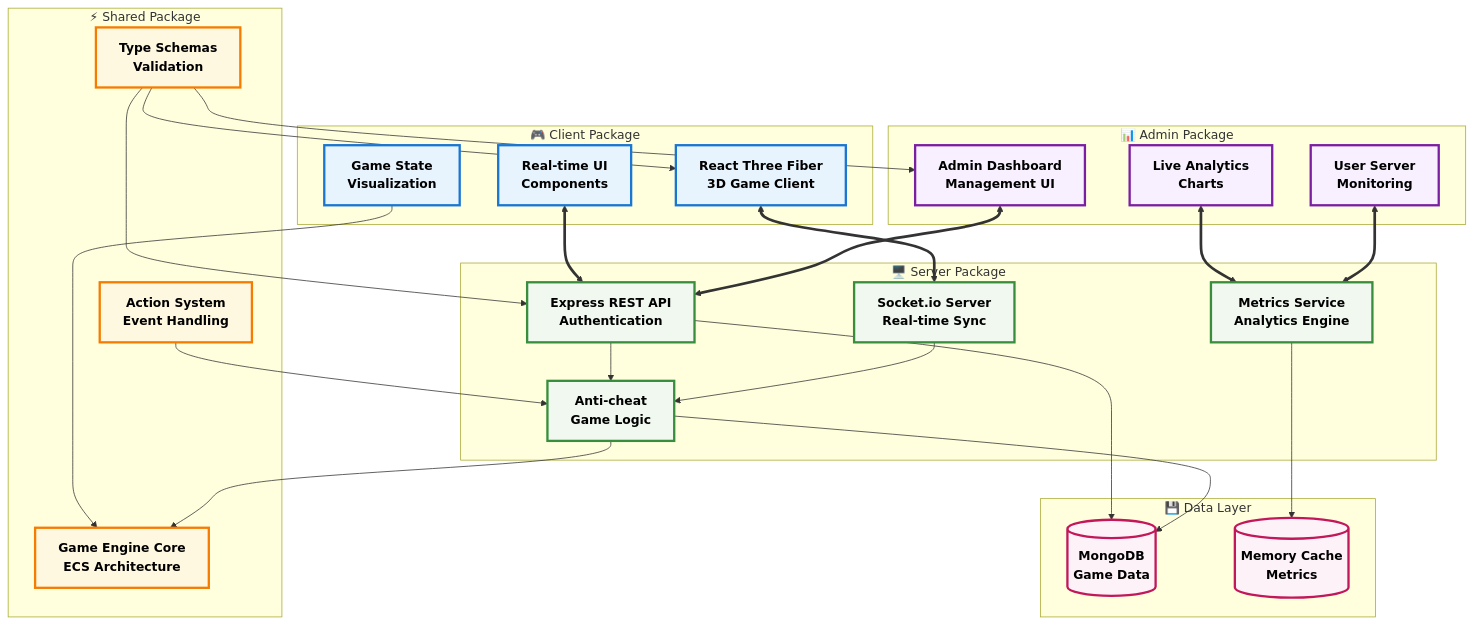
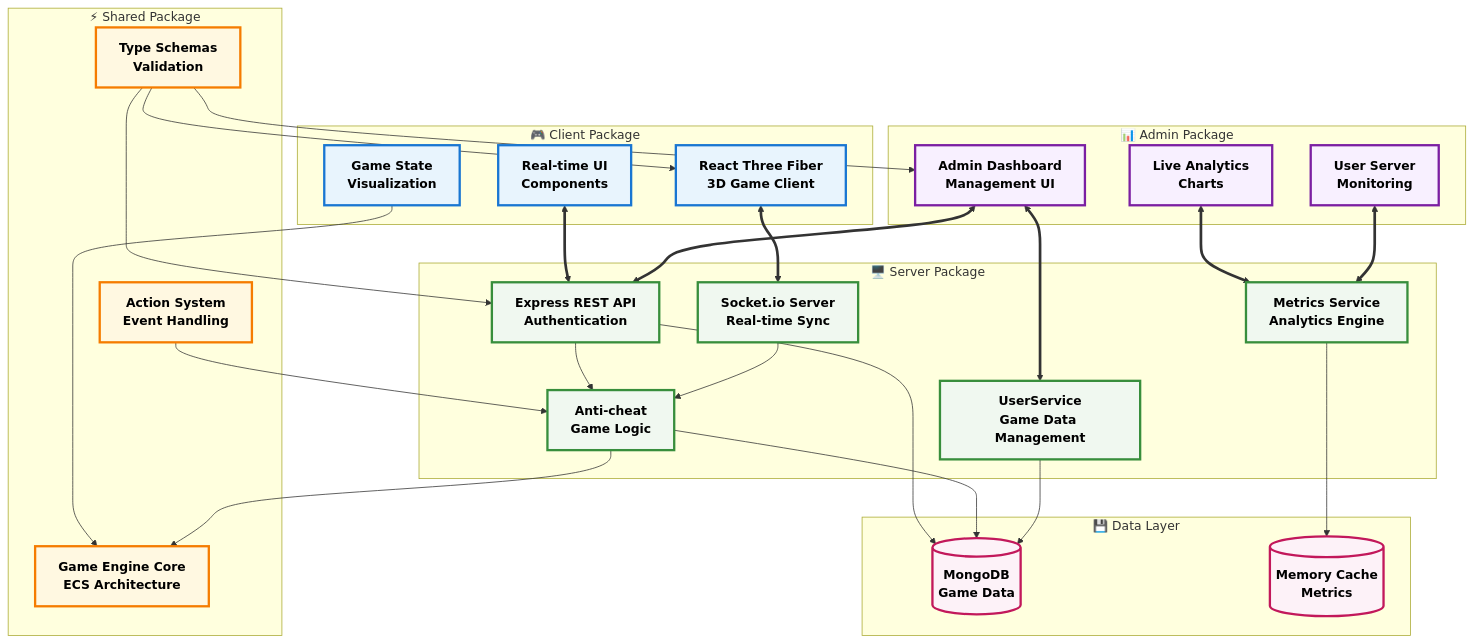
One commit to NowakAydm/GameBoilerplate changed the first of 4 diagrams in README.md. Above: the diagram before and after it, drawn with Mermaid. The commit also changed other lines of this file and 9 other files, not shown here.

Commit message:
Extract Game data management to dedicated UserService

````diff
--- a/README.md
+++ b/README.md
@@ -57,71 +60,74 @@
 ```mermaid
 flowchart TD
     subgraph "🎮 Client Package"
         C1["React Three Fiber<br/>3D Game Client"]
         C2["Real-time UI<br/>Components"]
         C3["Game State<br/>Visualization"]
     end
     
     subgraph "📊 Admin Package"  
         A1["Admin Dashboard<br/>Management UI"]
         A2["Live Analytics<br/>Charts"]
         A3["User Server<br/>Monitoring"]
     end
     
     subgraph "🖥️ Server Package"
         S1["Express REST API<br/>Authentication"]
         S2["Socket.io Server<br/>Real-time Sync"]
         S3["Metrics Service<br/>Analytics Engine"]
         S4["Anti-cheat<br/>Game Logic"]
+        S5["UserService<br/>Game Data Management"]
     end
     
     subgraph "⚡ Shared Package"
         SH1["Game Engine Core<br/>ECS Architecture"]
         SH2["Action System<br/>Event Handling"]
         SH3["Type Schemas<br/>Validation"]
     end
     
     subgraph "💾 Data Layer"
         DB[(MongoDB<br/>Game Data)]
         CACHE[(Memory Cache<br/>Metrics)]
     end
 
     %% Client connections
     C1 <==> S2
     C2 <==> S1
     C3 --> SH1
     
     %% Admin connections  
     A1 <==> S1
+    A1 <==> S5
     A2 <==> S3
     A3 <==> S3
     
     %% Server internal
     S1 --> S4
     S2 --> S4
     S3 --> CACHE
     S4 --> SH1
     
     %% Data persistence
     S1 --> DB
     S4 --> DB
+    S5 --> DB
     
     %% Shared dependencies
     SH3 --> C1
     SH3 --> S1  
     SH3 --> A1
     SH2 --> S4
     
     %% Enhanced styling for better readability
     classDef clientStyle fill:#e8f4fd,stroke:#1976d2,stroke-width:3px,color:#000000,font-weight:bold
     classDef adminStyle fill:#f8f0ff,stroke:#7b1fa2,stroke-width:3px,color:#000000,font-weight:bold
     classDef serverStyle fill:#f0f8f0,stroke:#388e3c,stroke-width:3px,color:#000000,font-weight:bold
     classDef sharedStyle fill:#fff8e1,stroke:#f57c00,stroke-width:3px,color:#000000,font-weight:bold
     classDef dataStyle fill:#fdf2f8,stroke:#c2185b,stroke-width:3px,color:#000000,font-weight:bold
     
     class C1,C2,C3 clientStyle
     class A1,A2,A3 adminStyle
-    class S1,S2,S3,S4 serverStyle
+    class S1,S2,S3,S4,S5 serverStyle
     class SH1,SH2,SH3 sharedStyle
     class DB,CACHE dataStyle
 ```
````
